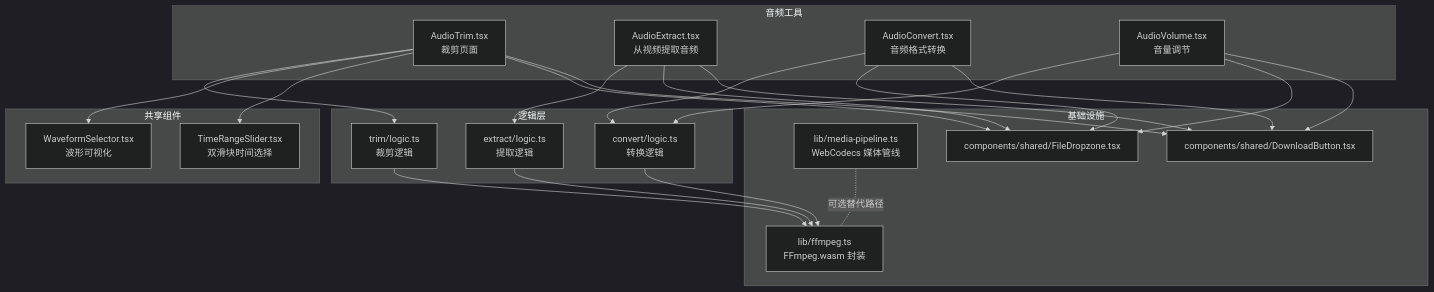
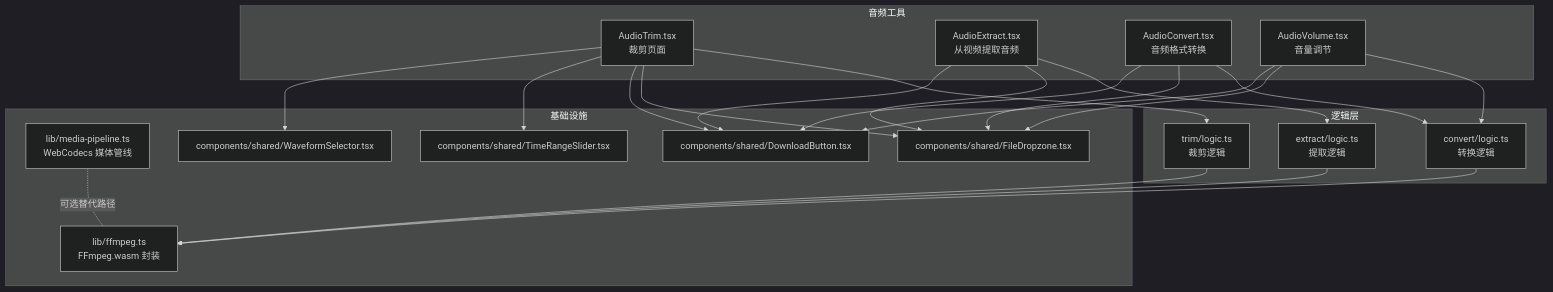
The first of 3 diagrams in .qoder/repowiki/zh/content/音频工具/音频剪辑.md (sgyy/privadeck), drawn with Mermaid (dark theme) before and after one commit. The commit also changed other lines of this file and 48 other files, not shown here.

````diff
--- a/.qoder/repowiki/zh/content/音频工具/音频剪辑.md
+++ b/.qoder/repowiki/zh/content/音频工具/音频剪辑.md
@@ -55,42 +54,40 @@
 ```mermaid
 graph TB
 subgraph "音频工具"
 Trim["AudioTrim.tsx<br/>裁剪页面"]
 Extract["AudioExtract.tsx<br/>从视频提取音频"]
 Convert["AudioConvert.tsx<br/>音频格式转换"]
 Volume["AudioVolume.tsx<br/>音量调节"]
-end
-subgraph "共享组件"
-Waveform["WaveformSelector.tsx<br/>波形可视化"]
-TimeSlider["TimeRangeSlider.tsx<br/>双滑块时间选择"]
 end
 subgraph "逻辑层"
 TrimLogic["trim/logic.ts<br/>裁剪逻辑"]
 ExtractLogic["extract/logic.ts<br/>提取逻辑"]
 ConvertLogic["convert/logic.ts<br/>转换逻辑"]
 end
 subgraph "基础设施"
 FFmpeg["lib/ffmpeg.ts<br/>FFmpeg.wasm 封装"]
 MediaPipe["lib/media-pipeline.ts<br/>WebCodecs 媒体管线"]
 Drop["components/shared/FileDropzone.tsx"]
 DL["components/shared/DownloadButton.tsx"]
+TRS["components/shared/TimeRangeSlider.tsx"]
+WS["components/shared/WaveformSelector.tsx"]
 end
 Trim --> TrimLogic
-Trim --> Waveform
-Trim --> TimeSlider
 Extract --> ExtractLogic
 Convert --> ConvertLogic
 Volume --> ConvertLogic
 TrimLogic --> FFmpeg
 ExtractLogic --> FFmpeg
 ConvertLogic --> FFmpeg
 Trim --> Drop
 Trim --> DL
+Trim --> TRS
+Trim --> WS
 Extract --> Drop
 Extract --> DL
 Convert --> Drop
 Convert --> DL
 Volume --> Drop
 Volume --> DL
 MediaPipe -. 可选替代路径 .- FFmpeg
 ```
````
